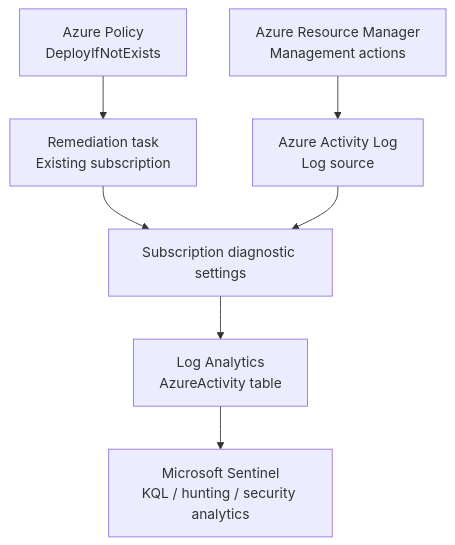
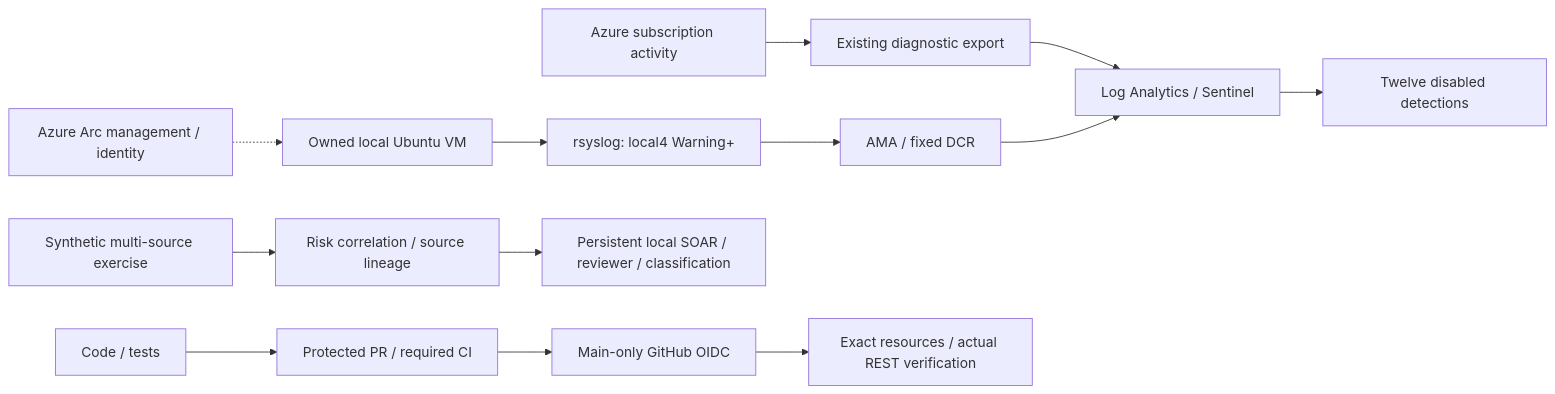
One commit to miguelcastu/SentinelOps-MXDR changed the diagram in README.md. Above: the diagram before and after it, drawn with Mermaid. The commit also changed other lines of this file and 81 other files, not shown here.

````diff
--- a/README.md
+++ b/README.md
@@ -28,15 +36,15 @@
 ```mermaid
-flowchart TD
-    ARM[Azure Resource Manager
-Management actions] --> SRC[Azure Activity Log
-Log source]
-    POL[Azure Policy
-DeployIfNotExists] --> REM[Remediation task
-Existing subscription]
-    REM --> DIA[Subscription diagnostic settings]
-    SRC --> DIA
-    DIA --> LAW[Log Analytics
-AzureActivity table]
-    LAW --> SENT[Microsoft Sentinel
-KQL / hunting / security analytics]
+flowchart LR
+    AZ[Azure subscription activity] --> EXPORT[Existing diagnostic export]
+    EXPORT --> LAW[Log Analytics / Sentinel]
+    VM[Owned local Ubuntu VM] --> RS[rsyslog: local4 Warning+]
+    RS --> AMA[AMA / fixed DCR]
+    AMA --> LAW
+    ARC[Azure Arc management / identity] -.-> VM
+    LAW --> RULES[Twelve disabled detections]
+    FIX[Synthetic multi-source exercise] --> RISK[Risk correlation / source lineage]
+    RISK --> CASE[Persistent local SOAR / reviewer / classification]
+    DEV[Code / tests] --> PR[Protected PR / required CI]
+    PR --> OIDC[Main-only GitHub OIDC]
+    OIDC --> VERIFY[Exact resources / actual REST verification]
 ```
````
